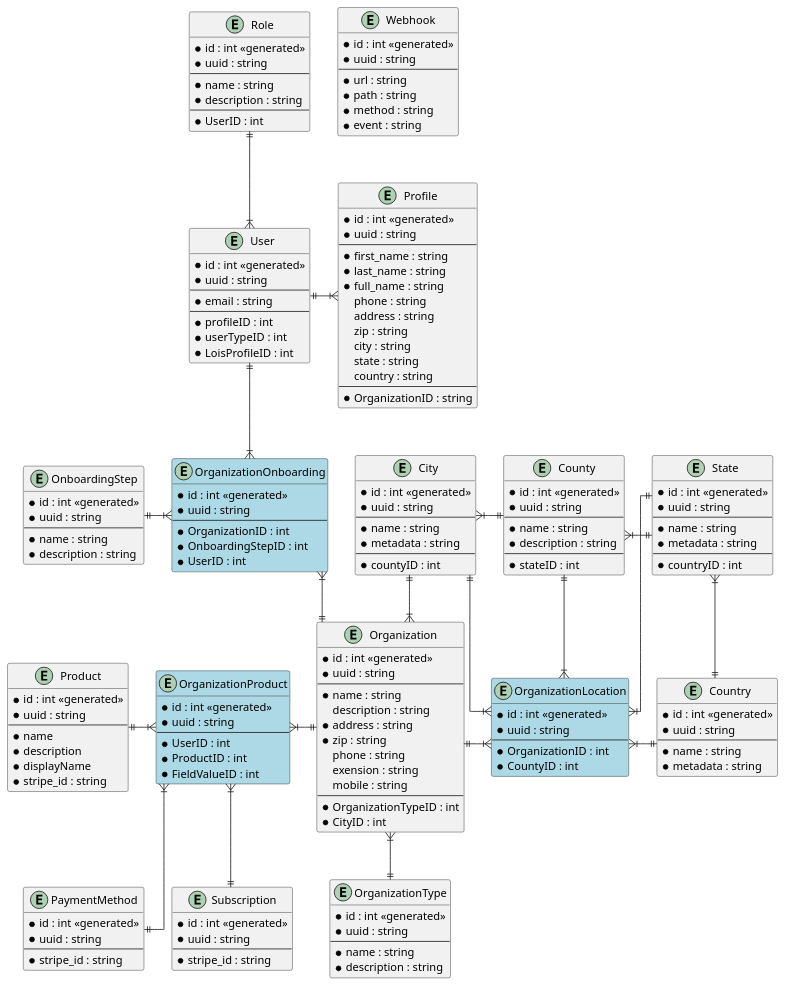
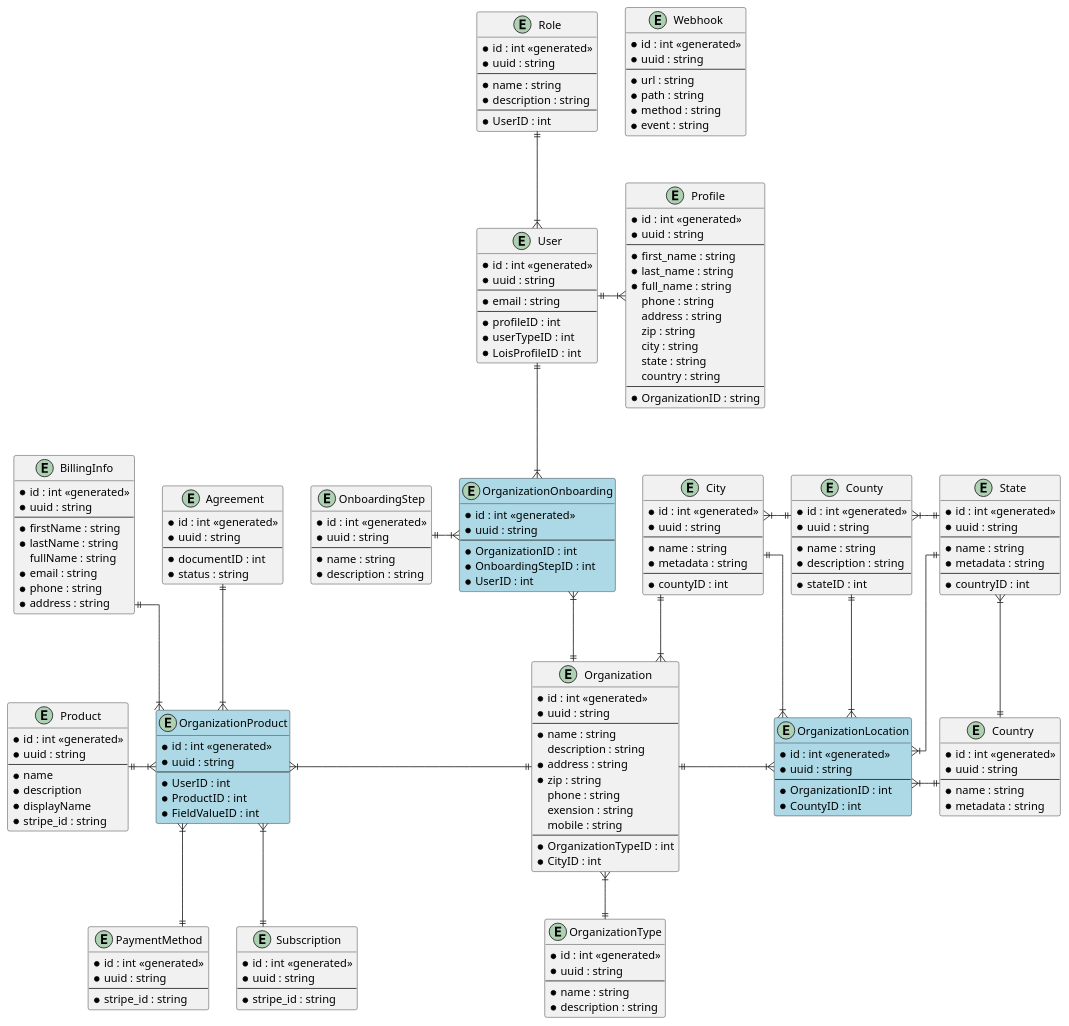
The diagram in docs/architecture/erd.mdx (acorrea-designli/strata-backend-docs), drawn with PlantUML before and after one commit. The commit also changed 2 other files, not shown here.

Commit message:
feat: send agreement

```diff
--- a/docs/architecture/erd.mdx
+++ b/docs/architecture/erd.mdx
@@ -175,6 +175,26 @@
 	* UserID : int
 }
 
+entity Agreement {
+	* id : int <<generated>>
+	* uuid : string
+	--
+	* documentID : int
+	* status : string
+}
+
+entity BillingInfo {
+	* id : int <<generated>>
+	* uuid : string
+	--
+	* firstName : string
+	* lastName : string
+	fullName : string
+	* email : string
+	* phone : string
+	* address : string
+}
+
 Role ||--|{ User
 
 User ||-right-|{ Profile
@@ -203,6 +223,8 @@
 
 Organization ||-left-|{ OrganizationProduct
 Product ||-right-|{ OrganizationProduct
+Agreement ||-down-|{ OrganizationProduct
+BillingInfo ||-down-|{ OrganizationProduct
 
 
 Subscription ||-up-|{ OrganizationProduct
```
